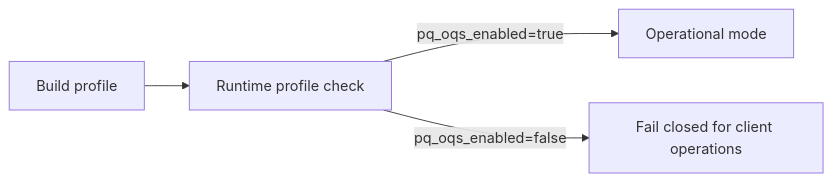
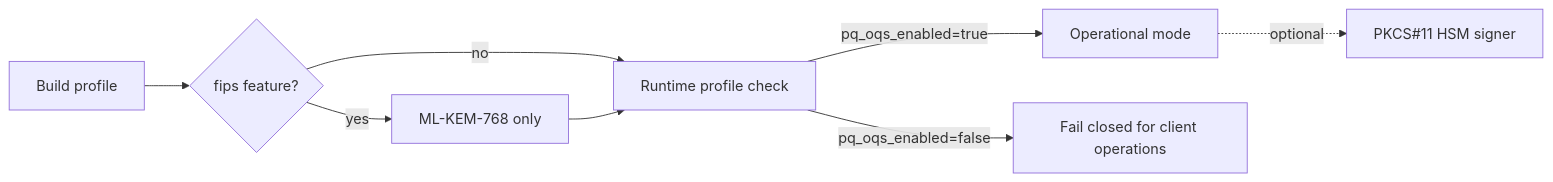
The diagram in docs/SECURITY_GATES.md (ErenAri/post-quantum-messaging-app), drawn with Mermaid before and after one commit. The commit also changed other lines of this file and 8 other files, not shown here.

````diff
--- a/docs/SECURITY_GATES.md
+++ b/docs/SECURITY_GATES.md
@@ -60,6 +60,10 @@
 ```mermaid
 flowchart LR
-    B[Build profile] --> R[Runtime profile check]
+    B[Build profile] --> F{fips feature?}
+    F -->|yes| FIPS[ML-KEM-768 only]
+    F -->|no| R[Runtime profile check]
+    FIPS --> R
     R -->|pq_oqs_enabled=true| OK[Operational mode]
     R -->|pq_oqs_enabled=false| FAIL[Fail closed for client operations]
+    OK -.->|optional| HSM[PKCS#11 HSM signer]
 ```
````
